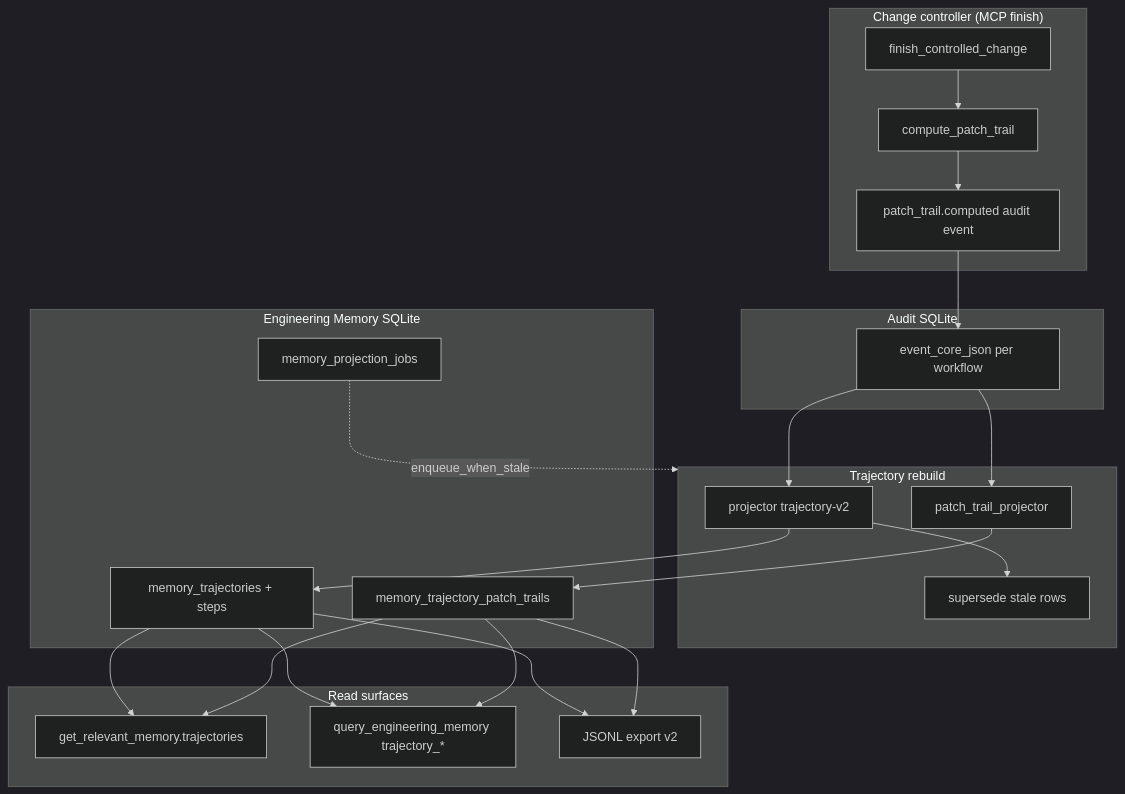
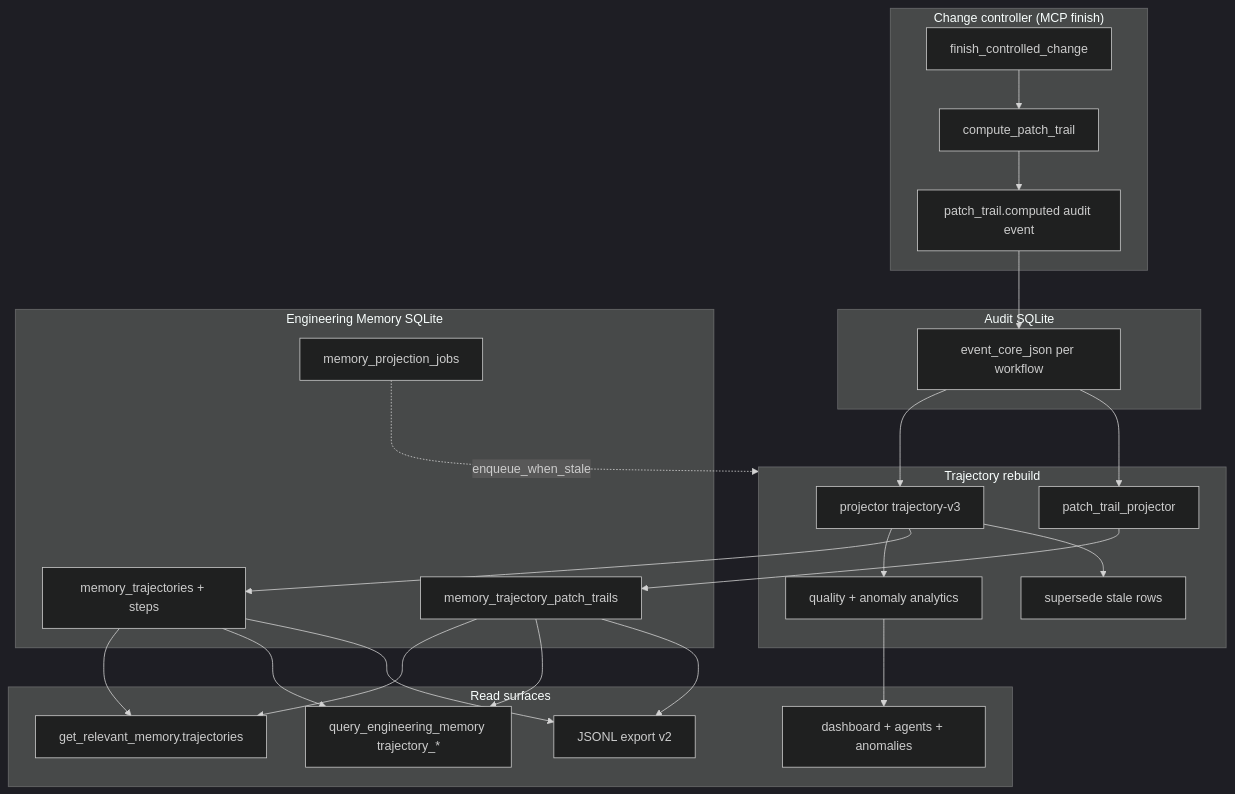
One commit to orenlab/codeclone changed the diagram in docs/book/13-engineering-memory/trajectory-and-patch-trail.md. Above: the diagram before and after it, drawn with Mermaid (dark theme). The commit also changed other lines of this file and 29 other files, not shown here.

````diff
--- a/docs/book/13-engineering-memory/trajectory-and-patch-trail.md
+++ b/docs/book/13-engineering-memory/trajectory-and-patch-trail.md
@@ -29,45 +29,49 @@
 ```mermaid
 flowchart TB
     subgraph Finish["Change controller (MCP finish)"]
         FIN[finish_controlled_change]
         PT[compute_patch_trail]
         AUDE[patch_trail.computed audit event]
         FIN --> PT --> AUDE
     end
 
     subgraph Audit["Audit SQLite"]
         EC[event_core_json per workflow]
     end
 
     subgraph Project["Trajectory rebuild"]
-        PRJ[projector trajectory-v2]
+        PRJ[projector trajectory-v3]
         PTP[patch_trail_projector]
+        QLT[quality + anomaly analytics]
         SUP[supersede stale rows]
     end
 
     subgraph Store["Engineering Memory SQLite"]
         TRJ[memory_trajectories + steps]
         PTR[memory_trajectory_patch_trails]
         JOB[memory_projection_jobs]
     end
 
     subgraph Read["Read surfaces"]
         GR[get_relevant_memory.trajectories]
         QEM[query_engineering_memory trajectory_*]
+        DASH[dashboard + agents + anomalies]
         EXP[JSONL export v2]
     end
 
     AUDE --> EC
     EC --> PRJ
     EC --> PTP
+    PRJ --> QLT
     PRJ --> TRJ
     PTP --> PTR
     PRJ --> SUP
     TRJ --> GR
     TRJ --> QEM
+    QLT --> DASH
     PTR --> GR
     PTR --> QEM
     TRJ --> EXP
     PTR --> EXP
     JOB -.->|enqueue_when_stale| Project
 ```
````
